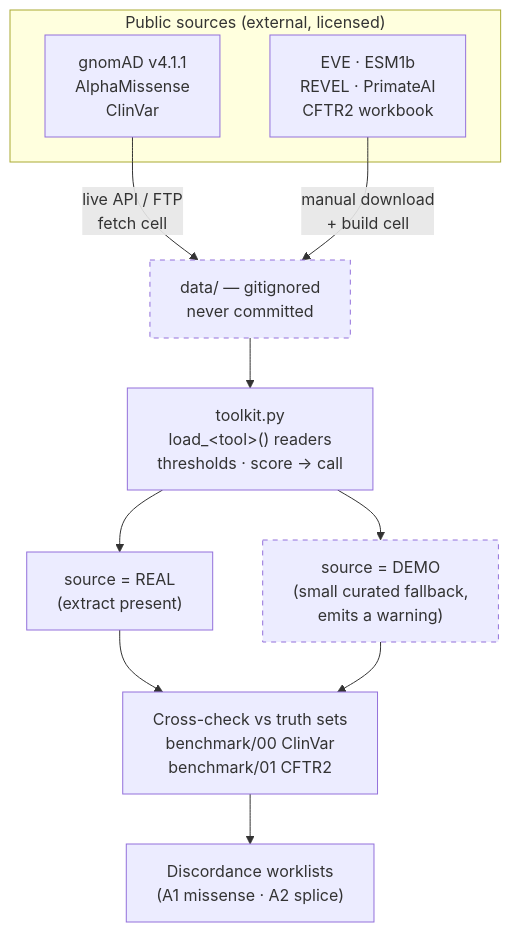
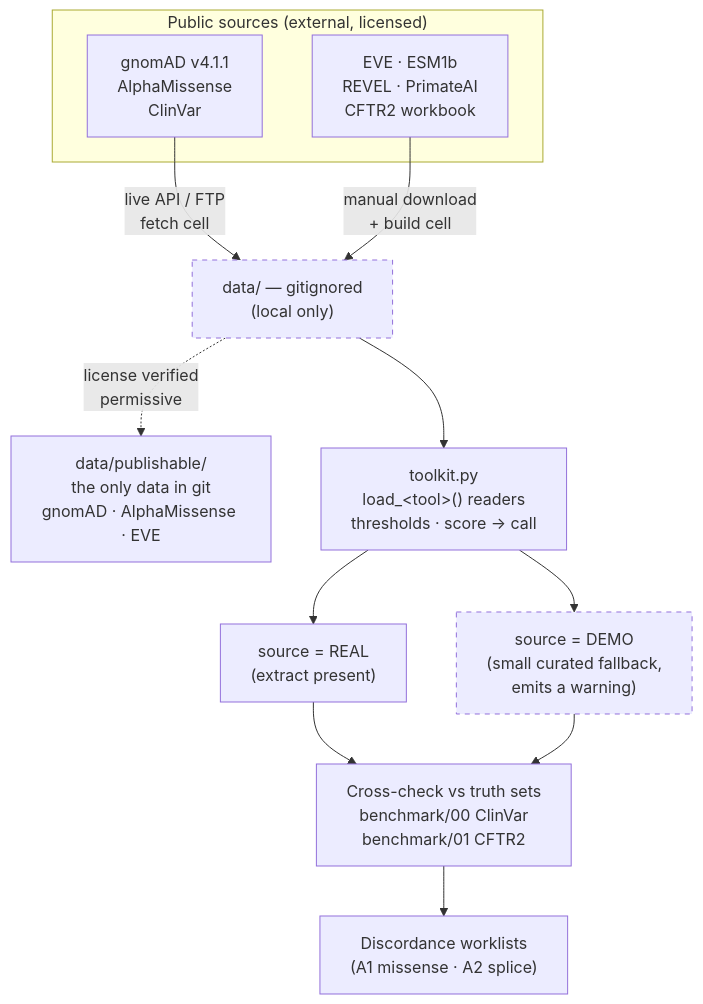
The diagram in README.md (EvanWu19/cftr-variant-toolkit), drawn with Mermaid before and after one commit. The commit also changed other lines of this file and 5 other files, not shown here.

````diff
--- a/README.md
+++ b/README.md
@@ -66,26 +70,28 @@
 ```mermaid
 flowchart TB
     subgraph SRC["Public sources (external, licensed)"]
         S1["gnomAD v4.1.1<br/>AlphaMissense<br/>ClinVar"]
         S2["EVE · ESM1b<br/>REVEL · PrimateAI<br/>CFTR2 workbook"]
     end
 
     S1 -->|"live API / FTP<br/>fetch cell"| D
     S2 -->|"manual download<br/>+ build cell"| D
 
-    D["data/ — gitignored<br/>never committed"]
+    D["data/ — gitignored<br/>(local only)"]
+
+    D -.->|"license verified<br/>permissive"| PUB["data/publishable/<br/>the only data in git<br/>gnomAD · AlphaMissense · EVE"]
 
     D --> TK["toolkit.py<br/>load_&lt;tool&gt;() readers<br/>thresholds · score → call"]
 
     TK --> REAL["source = REAL<br/>(extract present)"]
     TK --> DEMO["source = DEMO<br/>(small curated fallback,<br/>emits a warning)"]
 
     REAL --> X
     DEMO --> X
 
     X["Cross-check vs truth sets<br/>benchmark/00 ClinVar<br/>benchmark/01 CFTR2"]
     X --> W["Discordance worklists<br/>(A1 missense · A2 splice)"]
 
     style D stroke-dasharray: 5 5
     style DEMO stroke-dasharray: 5 5
 ```
````
